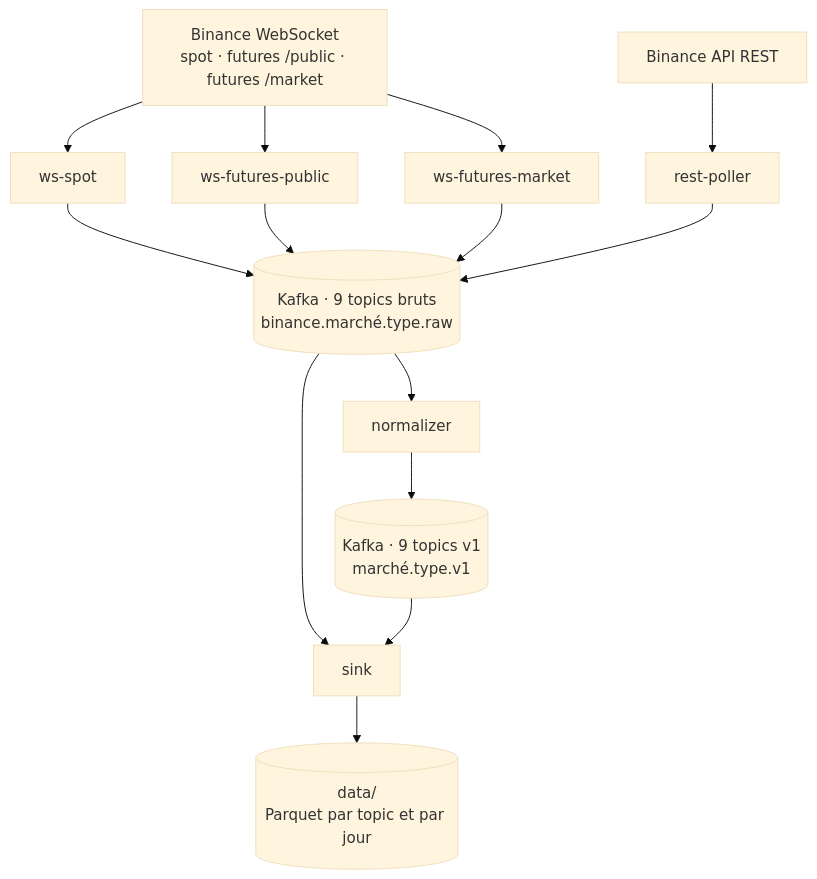
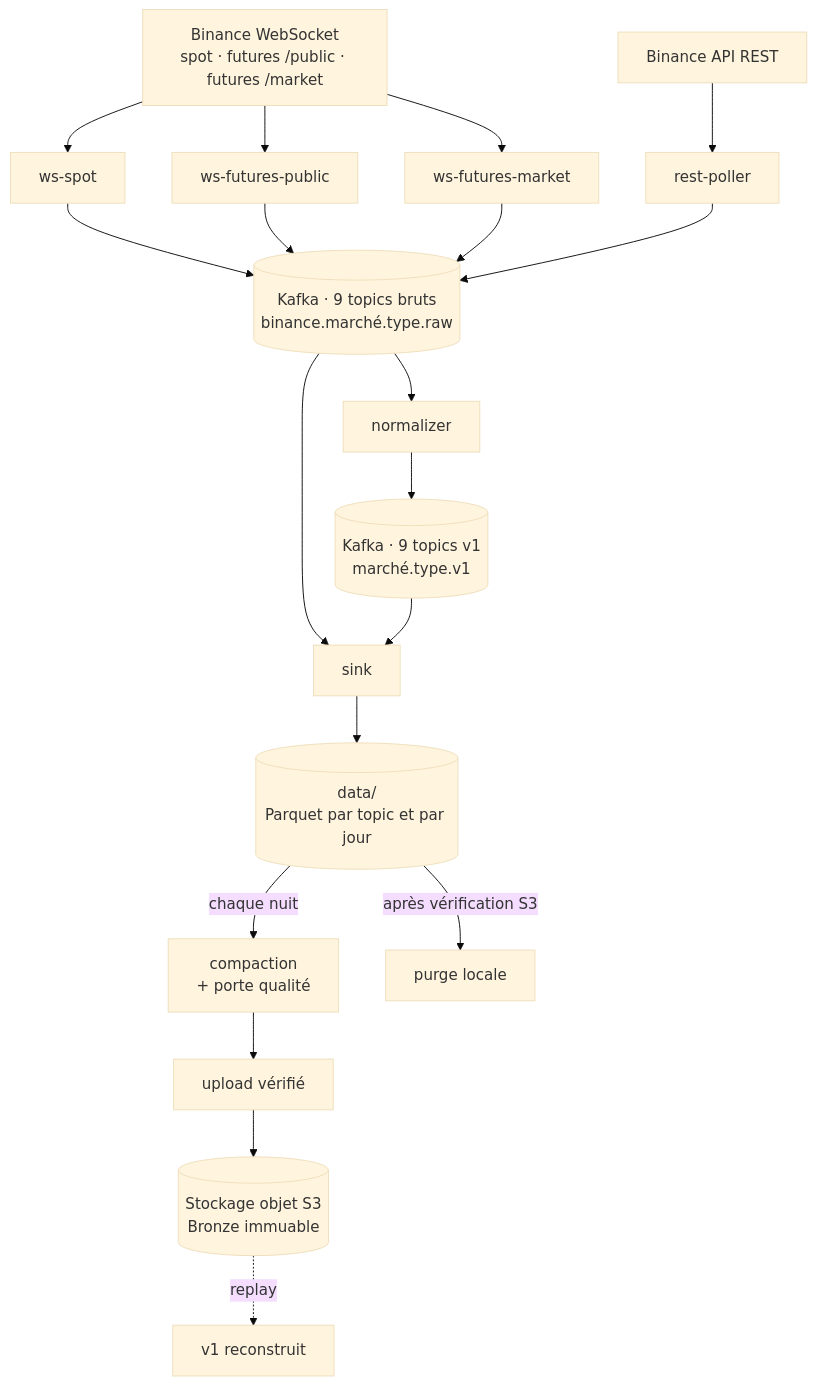
One commit to Charlyf-Data/bigdata_finance_platform changed the diagram in README.md. Above: the diagram before and after it, drawn with Mermaid (base theme). The commit also changed other lines of this file, not shown here.

Commit message:
docs(readme): architecture Lambda, tâches de nuit, archive S3, principes de sécurité (#25)

````diff
--- a/README.md
+++ b/README.md
@@ -9,11 +9,16 @@
 ```mermaid
 flowchart TD
     WS["Binance WebSocket<br/>spot · futures /public · futures /market"] --> A[ws-spot] & B[ws-futures-public] & C[ws-futures-market]
     REST["Binance API REST"] --> D[rest-poller]
     A & B & C & D --> RAW[("Kafka · 9 topics bruts<br/>binance.marché.type.raw")]
     RAW --> N[normalizer]
     N --> V1[("Kafka · 9 topics v1<br/>marché.type.v1")]
     RAW --> S[sink]
     V1 --> S
     S --> P[("data/<br/>Parquet par topic et par jour")]
+    P -->|chaque nuit| K[compaction<br/>+ porte qualité]
+    K --> U[upload vérifié]
+    U --> S3[("Stockage objet S3<br/>Bronze immuable")]
+    S3 -.->|replay| V1R[v1 reconstruit]
+    P -->|après vérification S3| X[purge locale]
 ```
````
